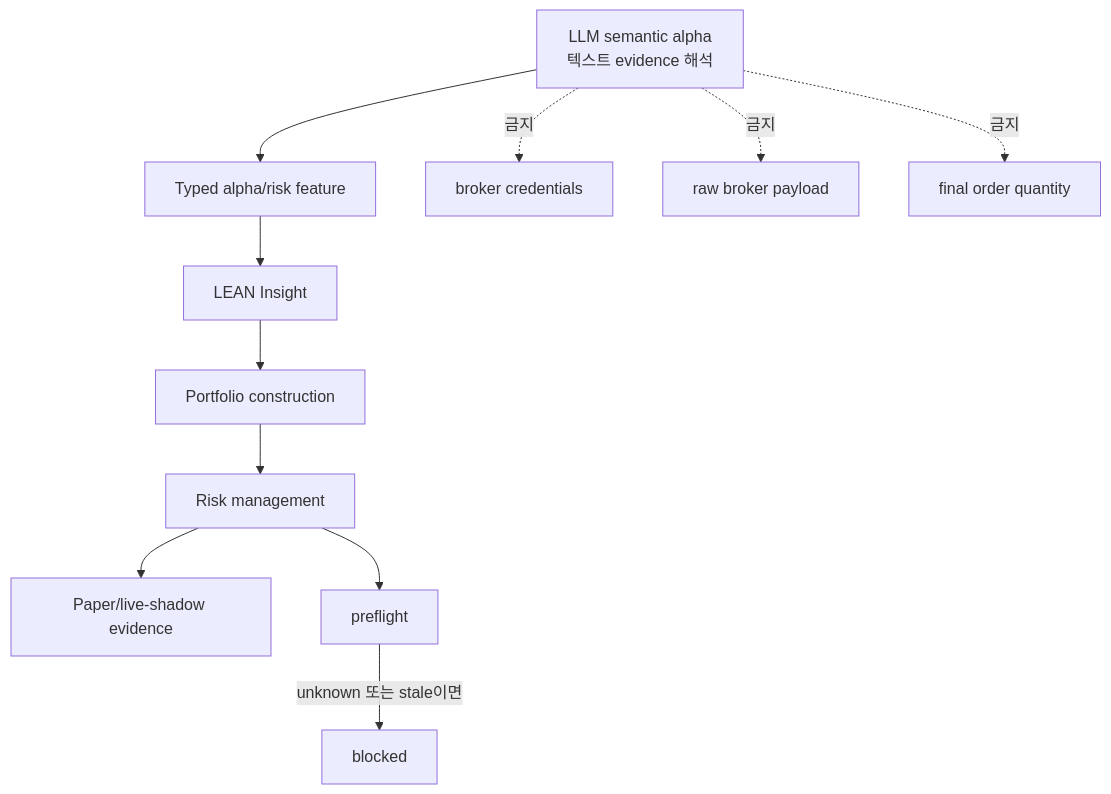
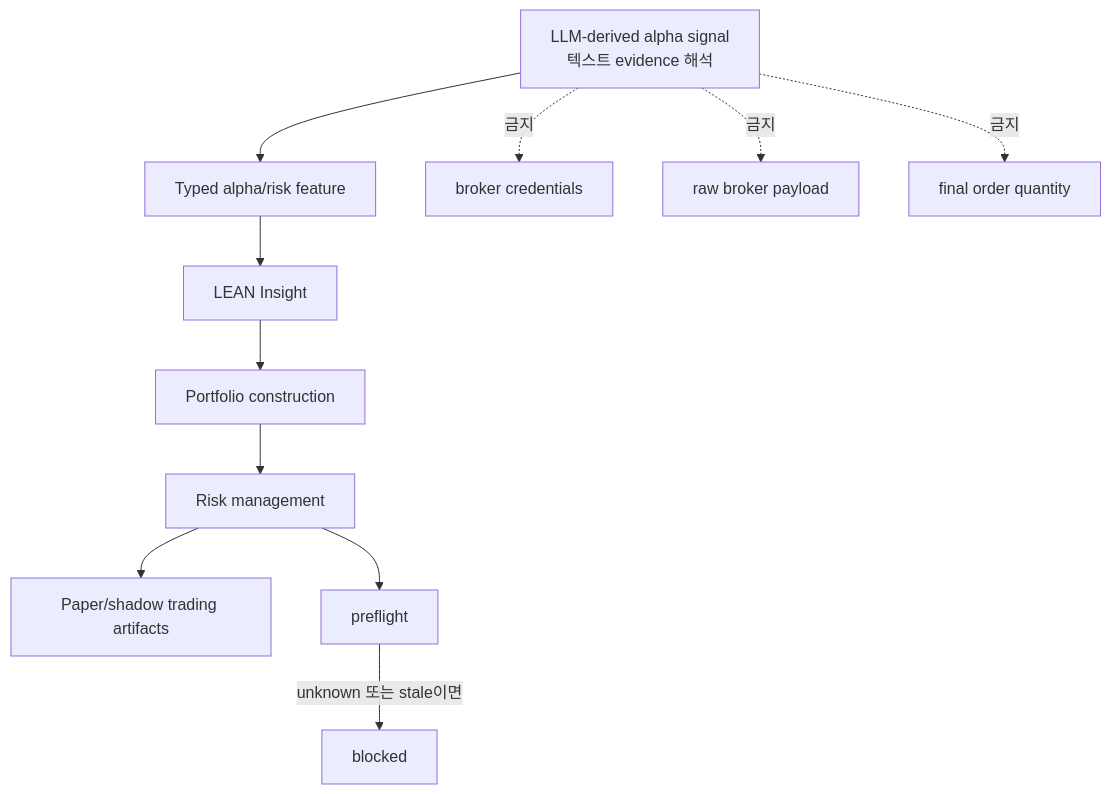
The second of 10 diagrams in result.md (gigio1023/lincei-quant-research-engine), drawn with Mermaid before and after one commit. The commit also changed other lines of this file and 83 other files, not shown here.

````diff
--- a/result.md
+++ b/result.md
@@ -100,15 +100,15 @@
 ```mermaid
 flowchart TD
-    L["LLM semantic alpha<br/>텍스트 evidence 해석"] --> A["Typed alpha/risk feature"]
+    L["LLM-derived alpha signal<br/>텍스트 evidence 해석"] --> A["Typed alpha/risk feature"]
     A --> B["LEAN Insight"]
     B --> C["Portfolio construction"]
     C --> D["Risk management"]
-    D --> E["Paper/live-shadow evidence"]
+    D --> E["Paper/shadow trading artifacts"]
 
     L -. "금지" .-> X["broker credentials"]
     L -. "금지" .-> Y["raw broker payload"]
     L -. "금지" .-> Z["final order quantity"]
 
     D --> P["preflight"]
     P -->|"unknown 또는 stale이면"| Q["blocked"]
 ```
````
